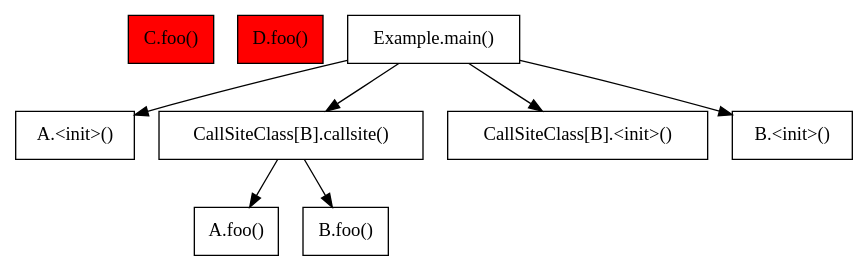
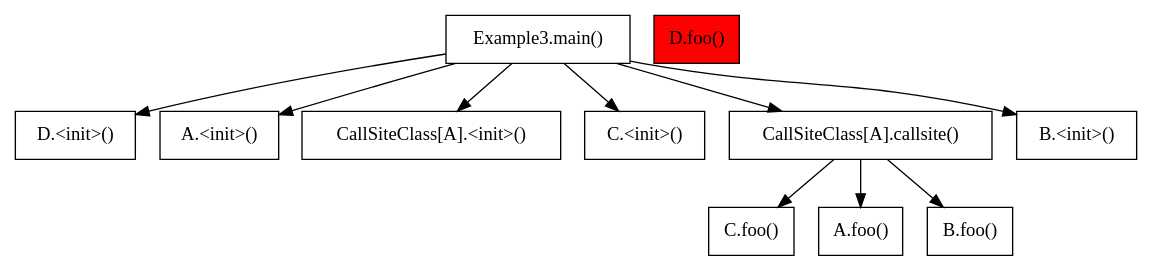
The diagram in callgraphproject/src/main/scala/graphs/RTA/RTAExample.dot (enricumming/ScalaCallGraphAnalysis), drawn with Graphviz before and after one commit. The commit also changed 20 other files, not shown here.

Commit message:
Change in CHA logic to now include methods from the Routes files (Play framework) as entry points of the graph

```diff
--- a/callgraphproject/src/main/scala/graphs/RTA/RTAExample.dot
+++ b/callgraphproject/src/main/scala/graphs/RTA/RTAExample.dot
@@ -1,18 +1,23 @@
 digraph CallGraph {
   node [shape=box];
-  "C.foo()" [style=filled, fillcolor=red];
+  "C.foo()" [style=filled, fillcolor=white];
+  "D.<init>()" [style=filled, fillcolor=white];
   "D.foo()" [style=filled, fillcolor=red];
+  "Example3.main()" [style=filled, fillcolor=white];
   "A.foo()" [style=filled, fillcolor=white];
   "A.<init>()" [style=filled, fillcolor=white];
   "B.foo()" [style=filled, fillcolor=white];
-  "Example.main()" [style=filled, fillcolor=white];
-  "CallSiteClass[B].callsite()" [style=filled, fillcolor=white];
-  "CallSiteClass[B].<init>()" [style=filled, fillcolor=white];
+  "CallSiteClass[A].<init>()" [style=filled, fillcolor=white];
+  "C.<init>()" [style=filled, fillcolor=white];
+  "CallSiteClass[A].callsite()" [style=filled, fillcolor=white];
   "B.<init>()" [style=filled, fillcolor=white];
-  "Example.main()" -> "CallSiteClass[B].<init>()";
-  "Example.main()" -> "B.<init>()";
-  "Example.main()" -> "A.<init>()";
-  "CallSiteClass[B].callsite()" -> "B.foo()";
-  "Example.main()" -> "CallSiteClass[B].callsite()";
-  "CallSiteClass[B].callsite()" -> "A.foo()";
+  "Example3.main()" -> "C.<init>()";
+  "Example3.main()" -> "CallSiteClass[A].callsite()";
+  "Example3.main()" -> "A.<init>()";
+  "Example3.main()" -> "CallSiteClass[A].<init>()";
+  "CallSiteClass[A].callsite()" -> "A.foo()";
+  "Example3.main()" -> "D.<init>()";
+  "Example3.main()" -> "B.<init>()";
+  "CallSiteClass[A].callsite()" -> "C.foo()";
+  "CallSiteClass[A].callsite()" -> "B.foo()";
 }
```
